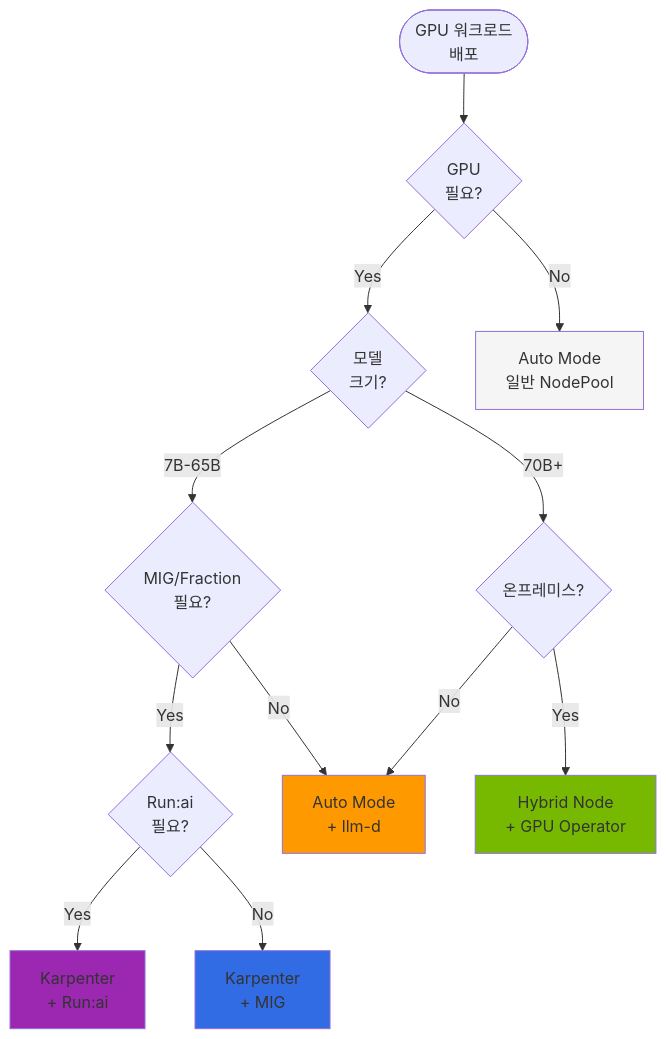
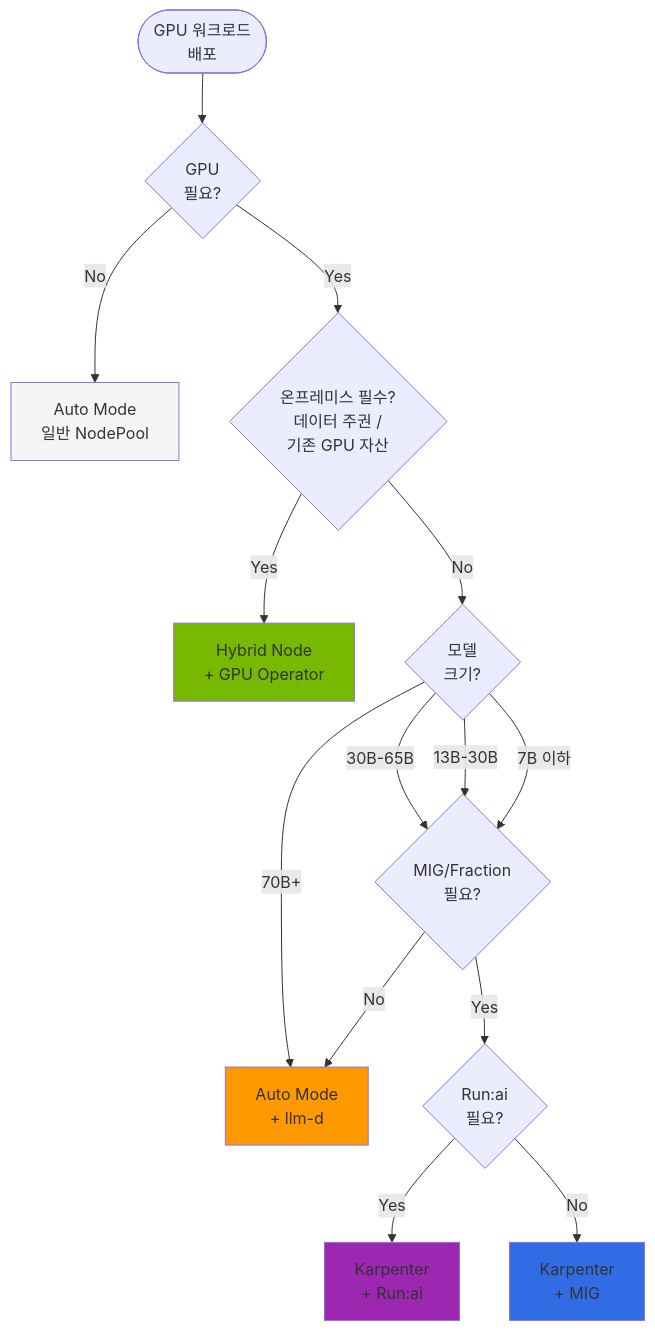
One commit to devfloor9/engineering-playbook changed the fifth of 5 diagrams in i18n/ko/docusaurus-plugin-content-docs/current/agentic-ai-platform/model-serving/gpu-infrastructure/eks-gpu-node-strategy.md. Above: the diagram before and after it, drawn with Mermaid. The commit also changed other lines of this file and 20 other files, not shown here.

````diff
--- a/i18n/ko/docusaurus-plugin-content-docs/current/agentic-ai-platform/model-serving/gpu-infrastructure/eks-gpu-node-strategy.md
+++ b/i18n/ko/docusaurus-plugin-content-docs/current/agentic-ai-platform/model-serving/gpu-infrastructure/eks-gpu-node-strategy.md
@@ -541,37 +563,39 @@
 ```mermaid
 flowchart TD
     Start([GPU 워크로드<br/>배포])
     Q1{GPU<br/>필요?}
+    Q0{온프레미스 필수?<br/>데이터 주권 /<br/>기존 GPU 자산}
     Q2{모델<br/>크기?}
-    Q3{온프레미스?}
     Q4{MIG/Fraction<br/>필요?}
     Q5{Run:ai<br/>필요?}
 
     AutoCPU[Auto Mode<br/>일반 NodePool]
     AutoGPU[Auto Mode<br/>+ llm-d]
     Hybrid[Hybrid Node<br/>+ GPU Operator]
     KarpRunai[Karpenter<br/>+ Run:ai]
     KarpMIG[Karpenter<br/>+ MIG]
 
     Start --> Q1
     Q1 -->|No| AutoCPU
-    Q1 -->|Yes| Q2
+    Q1 -->|Yes| Q0
 
-    Q2 -->|70B+| Q3
-    Q2 -->|7B-65B| Q4
+    Q0 -->|Yes| Hybrid
+    Q0 -->|No| Q2
 
-    Q3 -->|No| AutoGPU
-    Q3 -->|Yes| Hybrid
+    Q2 -->|70B+| AutoGPU
+    Q2 -->|30B-65B| Q4
+    Q2 -->|13B-30B| Q4
+    Q2 -->|7B 이하| Q4
 
     Q4 -->|No| AutoGPU
     Q4 -->|Yes| Q5
 
     Q5 -->|Yes| KarpRunai
     Q5 -->|No| KarpMIG
 
     style AutoCPU fill:#f5f5f5
     style AutoGPU fill:#ff9900
     style Hybrid fill:#76b900
     style KarpRunai fill:#9c27b0
     style KarpMIG fill:#326ce5
 ```
````
